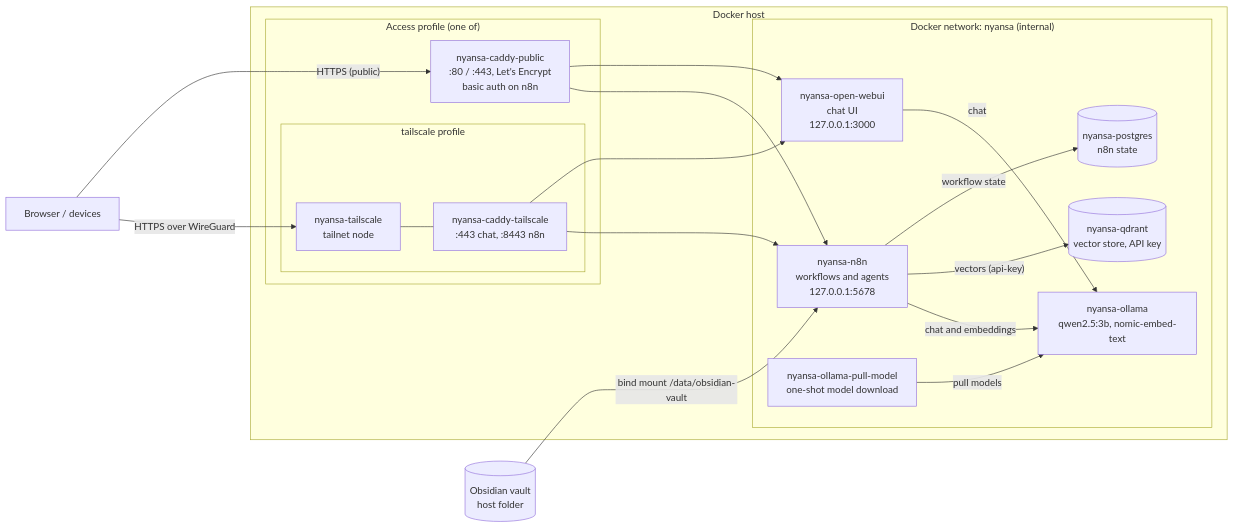
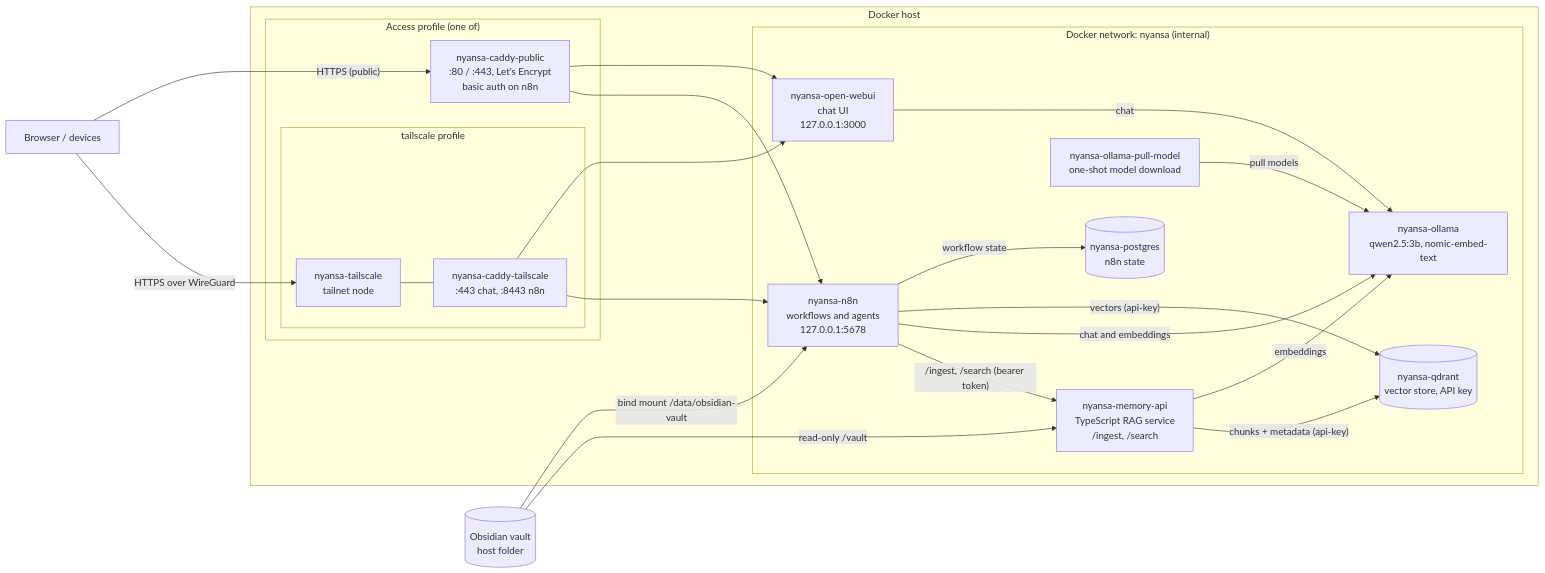
The diagram in README.md (Geobatpo07/nyansa), drawn with Mermaid before and after one commit. The commit also changed other lines of this file and 1 other file, not shown here.

First line of the commit message:
docs: add memory-api to the README and the deployment guide

````diff
--- a/README.md
+++ b/README.md
@@ -42,38 +48,43 @@
 ```mermaid
 flowchart LR
     browser["Browser / devices"]
     vault[("Obsidian vault<br/>host folder")]
 
     subgraph host["Docker host"]
         subgraph edge["Access profile (one of)"]
             caddyPub["nyansa-caddy-public<br/>:80 / :443, Let's Encrypt<br/>basic auth on n8n"]
             subgraph ts["tailscale profile"]
                 tailscale["nyansa-tailscale<br/>tailnet node"]
                 caddyTs["nyansa-caddy-tailscale<br/>:443 chat, :8443 n8n"]
             end
         end
 
         subgraph net["Docker network: nyansa (internal)"]
             webui["nyansa-open-webui<br/>chat UI<br/>127.0.0.1:3000"]
             n8n["nyansa-n8n<br/>workflows and agents<br/>127.0.0.1:5678"]
             pg[("nyansa-postgres<br/>n8n state")]
             qdrant[("nyansa-qdrant<br/>vector store, API key")]
             ollama["nyansa-ollama<br/>qwen2.5:3b, nomic-embed-text"]
             pull["nyansa-ollama-pull-model<br/>one-shot model download"]
+            memory["nyansa-memory-api<br/>TypeScript RAG service<br/>/ingest, /search"]
         end
     end
 
     browser -- "HTTPS (public)" --> caddyPub
     browser -- "HTTPS over WireGuard" --> tailscale
     tailscale --- caddyTs
     caddyPub --> webui
     caddyPub --> n8n
     caddyTs --> webui
     caddyTs --> n8n
     vault -- "bind mount /data/obsidian-vault" --> n8n
     n8n -- "workflow state" --> pg
     n8n -- "vectors (api-key)" --> qdrant
     n8n -- "chat and embeddings" --> ollama
     webui -- "chat" --> ollama
     pull -- "pull models" --> ollama
+    vault -- "read-only /vault" --> memory
+    n8n -- "/ingest, /search (bearer token)" --> memory
+    memory -- "embeddings" --> ollama
+    memory -- "chunks + metadata (api-key)" --> qdrant
 ```
````
